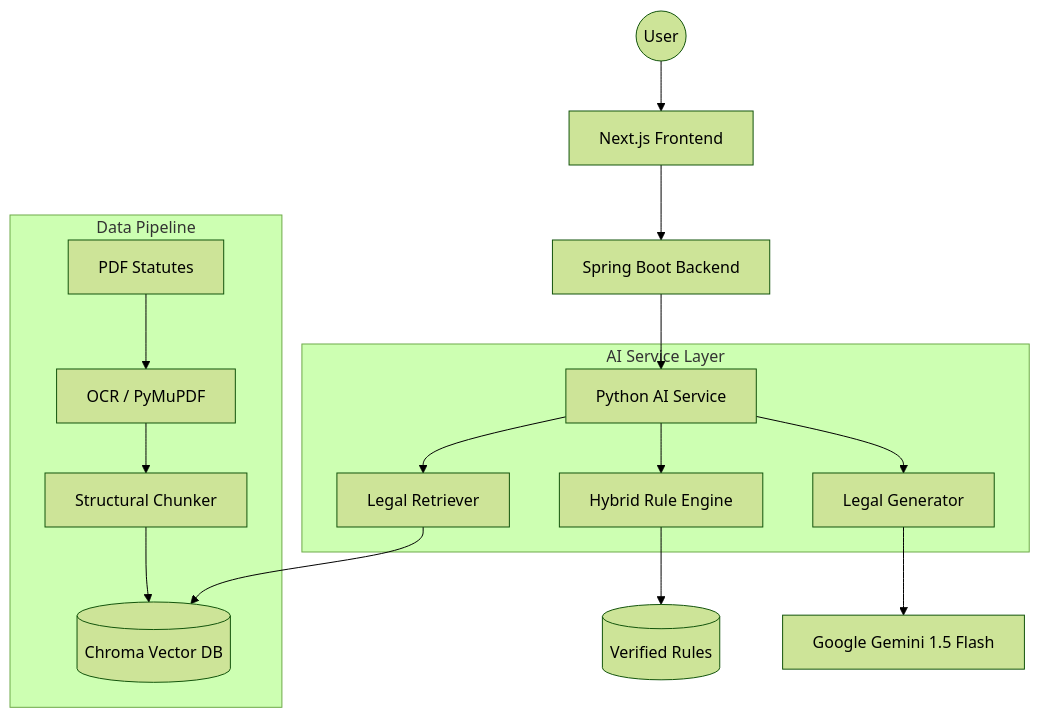
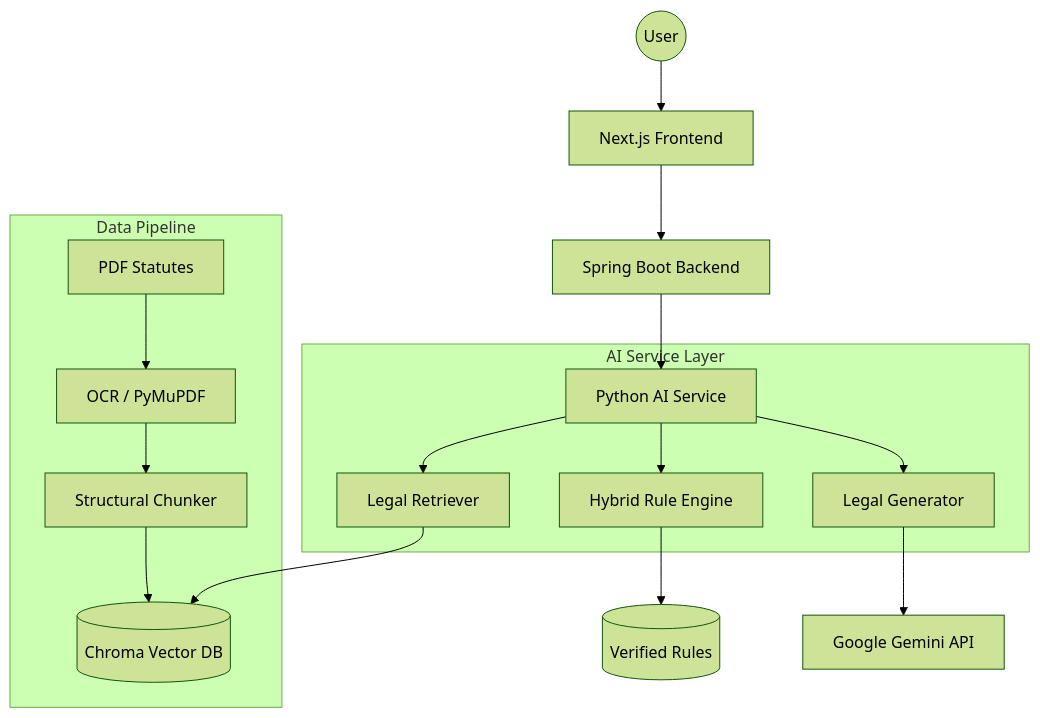
The diagram in README.md (ruthwikr17/lawmate-legal-assistant), drawn with Mermaid (forest theme) before and after one commit. The commit also changed other lines of this file, not shown here.

````diff
--- a/README.md
+++ b/README.md
@@ -39,22 +39,22 @@
 ```mermaid
 graph TD
     User((User)) --> NextJS[Next.js Frontend]
     NextJS --> SpringBoot[Spring Boot Backend]
     SpringBoot --> FastAPI[Python AI Service]
     
     subgraph AI Service Layer
         FastAPI --> RuleEngine[Hybrid Rule Engine]
         FastAPI --> Retriever[Legal Retriever]
         FastAPI --> Generator[Legal Generator]
     end
     
     RuleEngine --> RulesDB[(Verified Rules)]
     Retriever --> ChromaDB[(Chroma Vector DB)]
-    Generator --> GeminiAPI[Google Gemini 1.5 Flash]
+    Generator --> GeminiAPI[Google Gemini API]
     
     subgraph Data Pipeline
         PDFs[PDF Statutes] --> Parser[OCR / PyMuPDF]
         Parser --> Chunker[Structural Chunker]
         Chunker --> ChromaDB
     end
 ```
````
